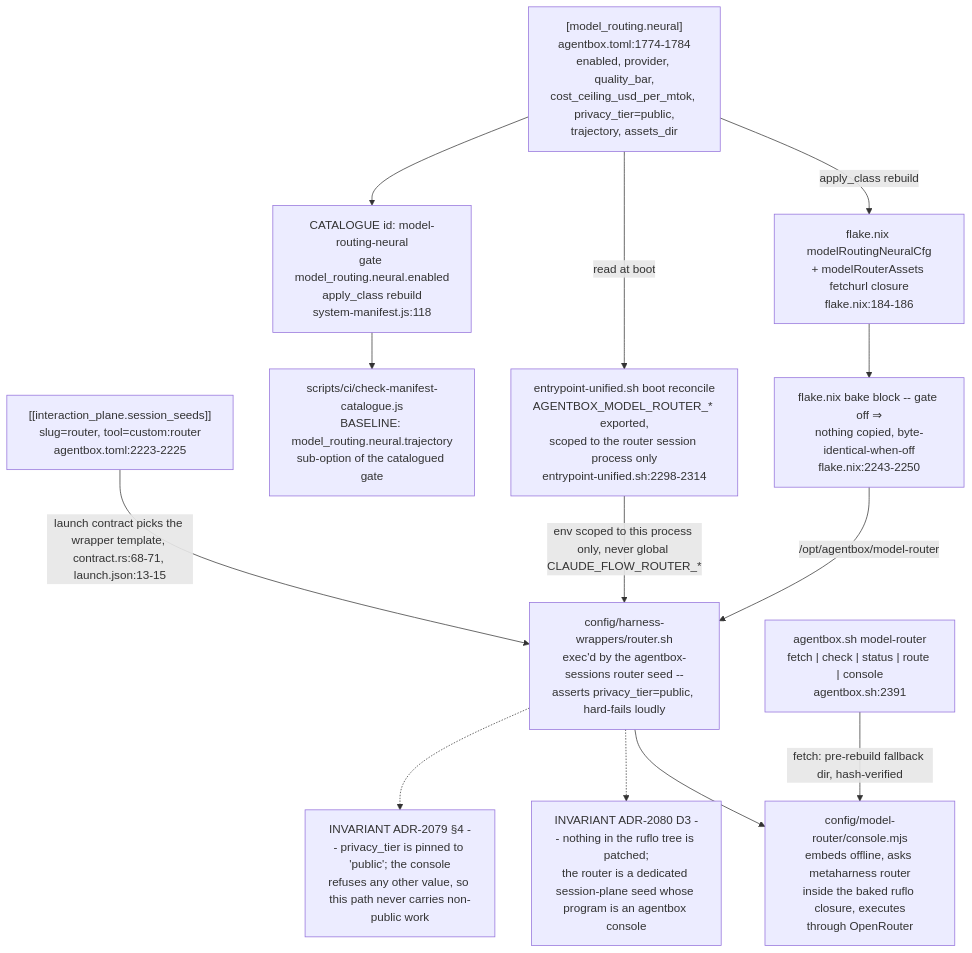
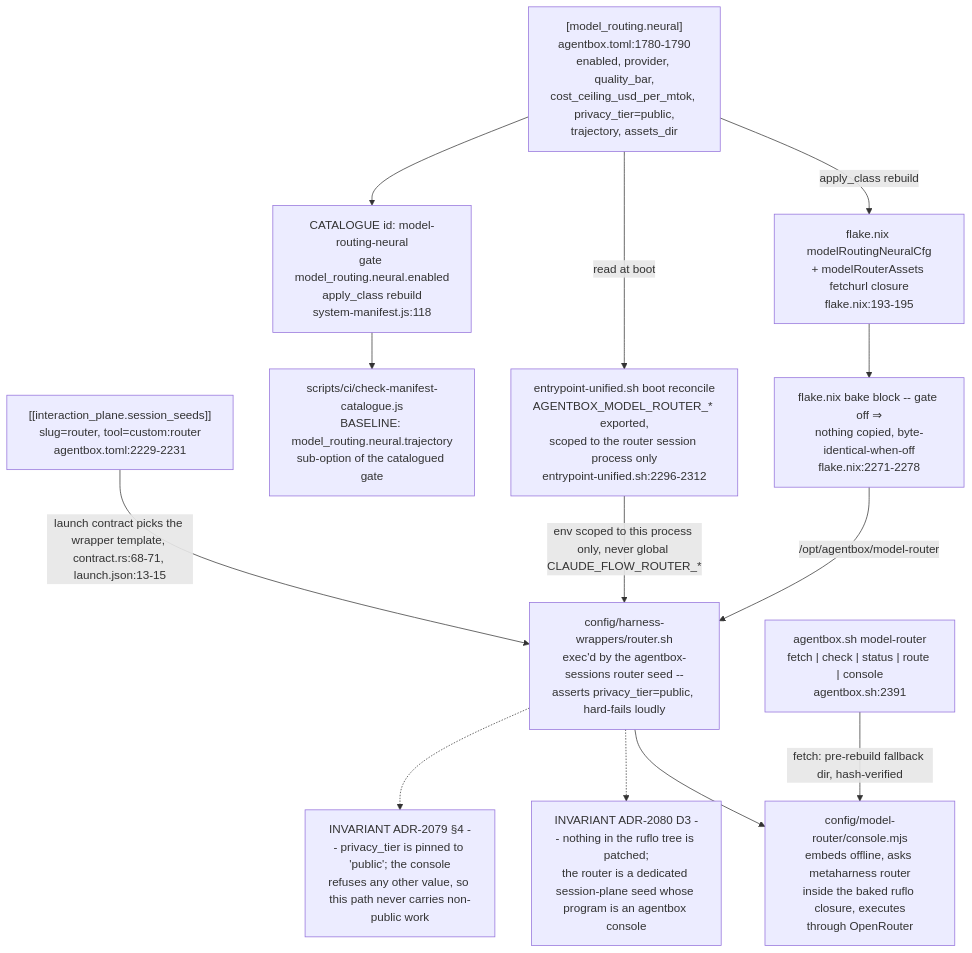
Before and after one commit to DreamLab-AI/VisionFlow: diagram 14 of 15 in docs/diagrams/agentbox/15-capability-gating-spend-consultants.md, drawn with Mermaid. The commit also changed other lines of this file and 36 other files, not shown here.

First line of the commit message:
docs(diagrams): re-derive and re-stamp agentbox, dream-engine, visioncraft, visiontouch and vowl topics; drop LAN addresses

````diff
--- a/docs/diagrams/agentbox/15-capability-gating-spend-consultants.md
+++ b/docs/diagrams/agentbox/15-capability-gating-spend-consultants.md
@@ -706,29 +686,29 @@
 ```mermaid
 flowchart TD
-    T["[model_routing.neural]<br/>agentbox.toml:1774-1784<br/>enabled, provider, quality_bar,<br/>cost_ceiling_usd_per_mtok, privacy_tier=public,<br/>trajectory, assets_dir"]
-    SEED["[[interaction_plane.session_seeds]]<br/>slug=router, tool=custom:router<br/>agentbox.toml:2223-2225"]
+    T["[model_routing.neural]<br/>agentbox.toml:1780-1790<br/>enabled, provider, quality_bar,<br/>cost_ceiling_usd_per_mtok, privacy_tier=public,<br/>trajectory, assets_dir"]
+    SEED["[[interaction_plane.session_seeds]]<br/>slug=router, tool=custom:router<br/>agentbox.toml:2229-2231"]
     CAT["CATALOGUE id: model-routing-neural<br/>gate model_routing.neural.enabled<br/>apply_class rebuild<br/>system-manifest.js:118"]
-    NIX["flake.nix modelRoutingNeuralCfg<br/>+ modelRouterAssets fetchurl closure<br/>flake.nix:184-186"]
-    BAKE["flake.nix bake block -- gate off ⇒<br/>nothing copied, byte-identical-when-off<br/>flake.nix:2243-2250"]
-    ENTRY["entrypoint-unified.sh boot reconcile<br/>AGENTBOX_MODEL_ROUTER_* exported,<br/>scoped to the router session process only<br/>entrypoint-unified.sh:2298-2314"]
+    NIX["flake.nix modelRoutingNeuralCfg<br/>+ modelRouterAssets fetchurl closure<br/>flake.nix:193-195"]
+    BAKE["flake.nix bake block -- gate off ⇒<br/>nothing copied, byte-identical-when-off<br/>flake.nix:2271-2278"]
+    ENTRY["entrypoint-unified.sh boot reconcile<br/>AGENTBOX_MODEL_ROUTER_* exported,<br/>scoped to the router session process only<br/>entrypoint-unified.sh:2296-2312"]
     WRAP["config/harness-wrappers/router.sh<br/>exec'd by the agentbox-sessions router seed --<br/>asserts privacy_tier=public, hard-fails loudly"]
     CONSOLE["config/model-router/console.mjs<br/>embeds offline, asks metaharness router<br/>inside the baked ruflo closure, executes<br/>through OpenRouter"]
     CLI["agentbox.sh model-router<br/>fetch #124; check #124; status #124; route #124; console<br/>agentbox.sh:2391"]
     CATCHECK["scripts/ci/check-manifest-catalogue.js<br/>BASELINE: model_routing.neural.trajectory<br/>sub-option of the catalogued gate"]
 
     T -->|"apply_class rebuild"| NIX
     NIX --> BAKE
     BAKE -->|"/opt/agentbox/model-router"| WRAP
     T -->|"read at boot"| ENTRY
     ENTRY -->|"env scoped to this process only, never global CLAUDE_FLOW_ROUTER_*"| WRAP
     SEED -->|"launch contract picks the wrapper template, contract.rs:68-71, launch.json:13-15"| WRAP
     WRAP --> CONSOLE
     CLI -->|"fetch: pre-rebuild fallback dir, hash-verified"| CONSOLE
     T --> CAT
     CAT --> CATCHECK
 
     NOTE1["INVARIANT ADR-2080 D3 -- nothing in the ruflo tree is patched;<br/>the router is a dedicated session-plane seed whose program is an agentbox console"]
     NOTE2["INVARIANT ADR-2079 §4 -- privacy_tier is pinned to 'public'; the console<br/>refuses any other value, so this path never carries non-public work"]
     WRAP -.-> NOTE1
     WRAP -.-> NOTE2
 ```
````
